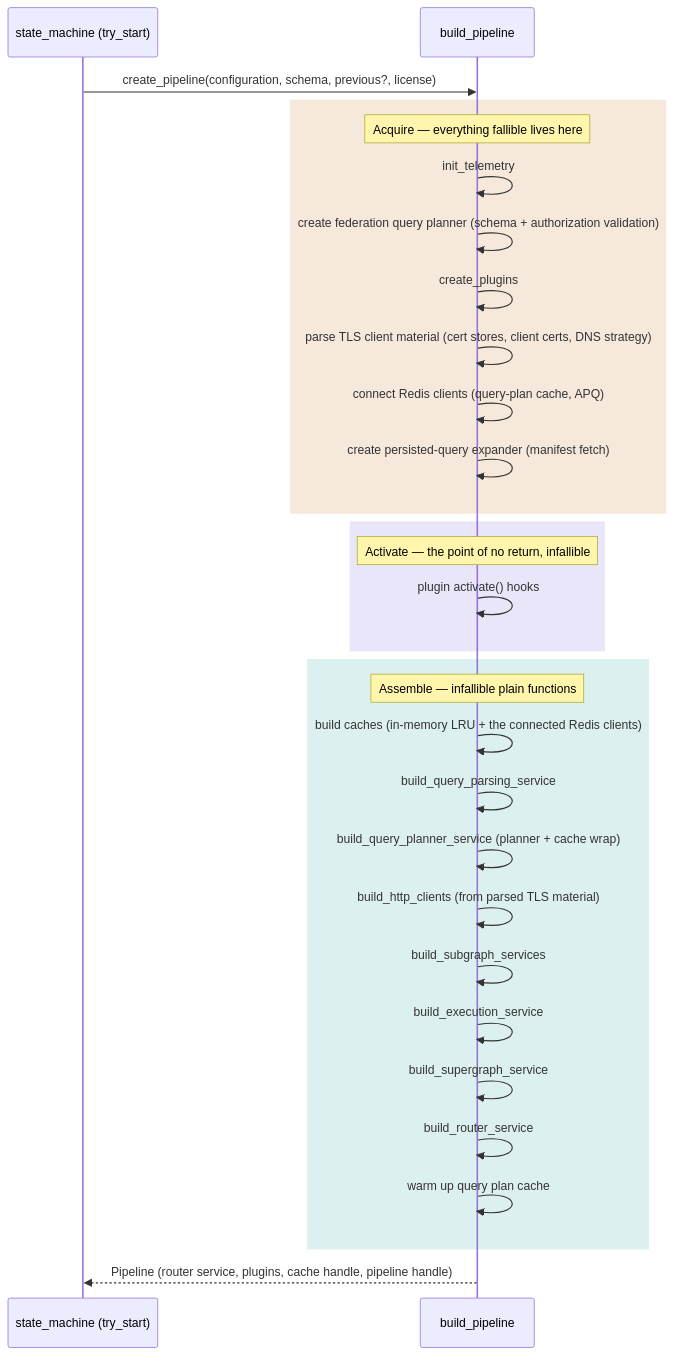
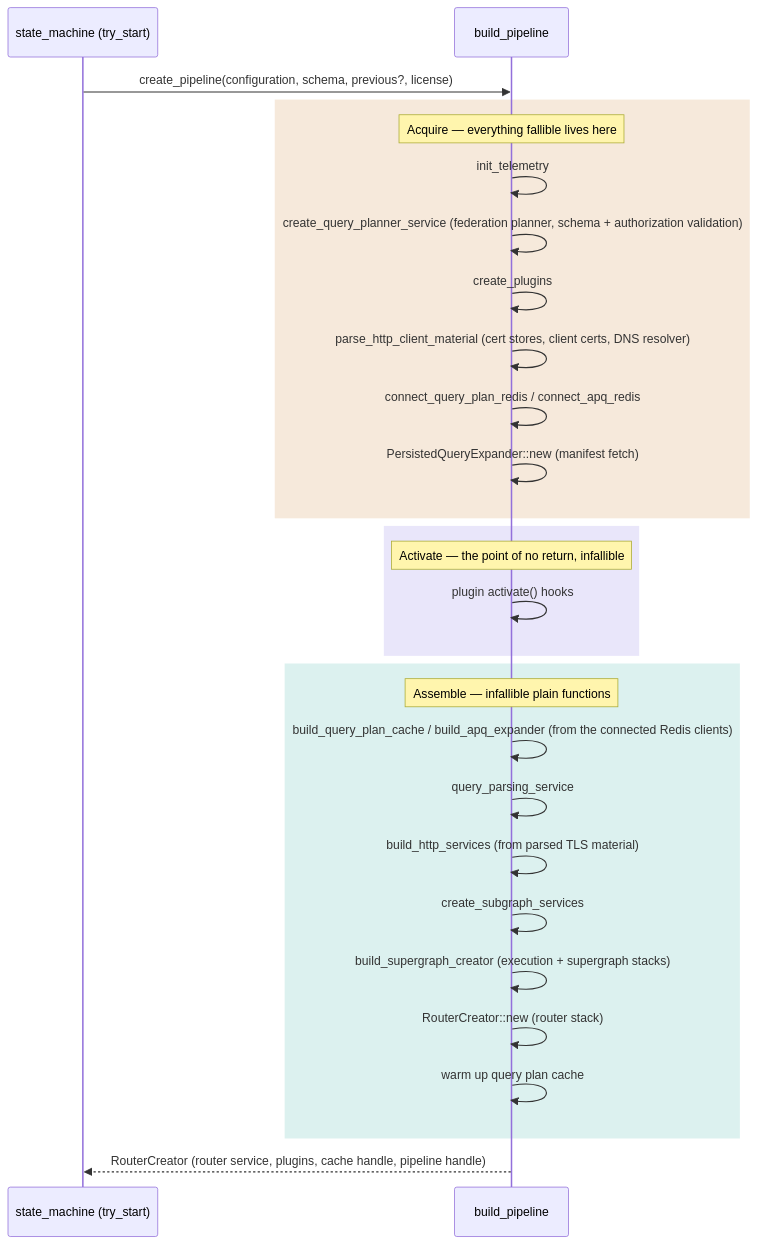
One commit to apollographql/router changed the diagram in dev-docs/pipeline-construction.md. Above: the diagram before and after it, drawn with Mermaid. The commit also changed other lines of this file, not shown here.

First line of the commit message:
docs: describe the landed pipeline construction

````diff
--- a/dev-docs/pipeline-construction.md
+++ b/dev-docs/pipeline-construction.md
@@ -53,37 +11,35 @@
 ```mermaid
 sequenceDiagram
     participant SM as state_machine (try_start)
     participant BP as build_pipeline
 
     SM->>BP: create_pipeline(configuration, schema, previous?, license)
 
     rect rgba(192, 106, 16, 0.15)
         Note over BP: Acquire — everything fallible lives here
         BP->>BP: init_telemetry
-        BP->>BP: create federation query planner (schema + authorization validation)
+        BP->>BP: create_query_planner_service (federation planner, schema + authorization validation)
         BP->>BP: create_plugins
-        BP->>BP: parse TLS client material (cert stores, client certs, DNS strategy)
-        BP->>BP: connect Redis clients (query-plan cache, APQ)
-        BP->>BP: create persisted-query expander (manifest fetch)
+        BP->>BP: parse_http_client_material (cert stores, client certs, DNS resolver)
+        BP->>BP: connect_query_plan_redis / connect_apq_redis
+        BP->>BP: PersistedQueryExpander::new (manifest fetch)
     end
 
     rect rgba(110, 90, 220, 0.15)
         Note over BP: Activate — the point of no return, infallible
         BP->>BP: plugin activate() hooks
     end
 
     rect rgba(20, 160, 150, 0.15)
         Note over BP: Assemble — infallible plain functions
-        BP->>BP: build caches (in-memory LRU + the connected Redis clients)
-        BP->>BP: build_query_parsing_service
-        BP->>BP: build_query_planner_service (planner + cache wrap)
-        BP->>BP: build_http_clients (from parsed TLS material)
-        BP->>BP: build_subgraph_services
-        BP->>BP: build_execution_service
-        BP->>BP: build_supergraph_service
-        BP->>BP: build_router_service
+        BP->>BP: build_query_plan_cache / build_apq_expander (from the connected Redis clients)
+        BP->>BP: query_parsing_service
+        BP->>BP: build_http_services (from parsed TLS material)
+        BP->>BP: create_subgraph_services
+        BP->>BP: build_supergraph_creator (execution + supergraph stacks)
+        BP->>BP: RouterCreator::new (router stack)
         BP->>BP: warm up query plan cache
     end
 
-    BP-->>SM: Pipeline (router service, plugins, cache handle, pipeline handle)
+    BP-->>SM: RouterCreator (router service, plugins, cache handle, pipeline handle)
 ```
````
